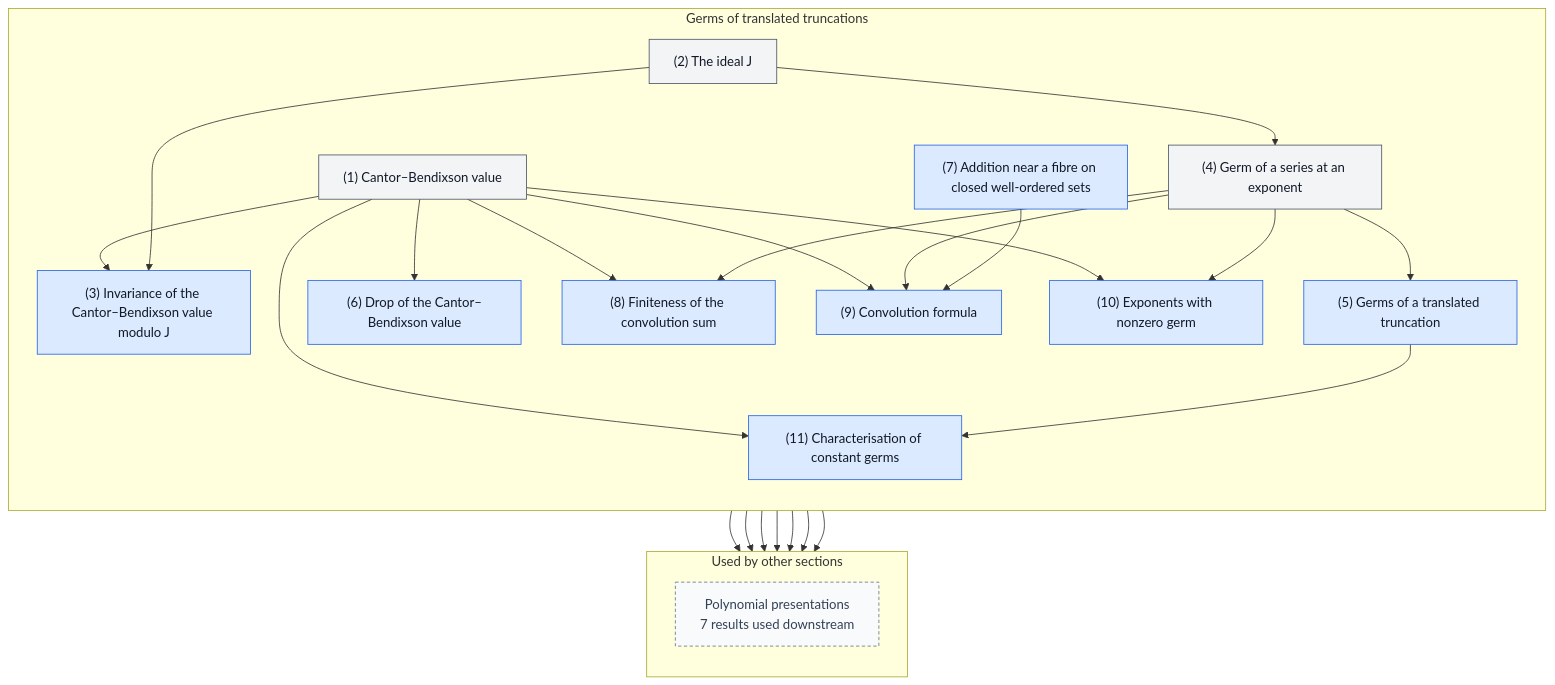
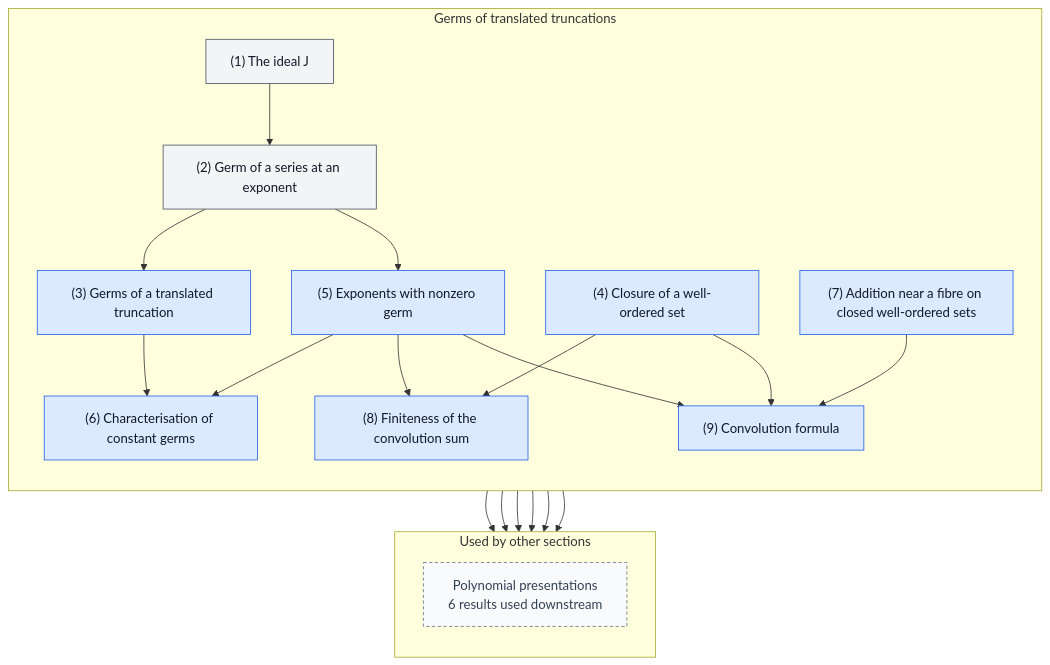
Before and after one commit to gaearon/conway-refinement: the second of 5 diagrams in README.md, drawn with Mermaid. The commit also changed other lines of this file and 16 other files, not shown here.

````diff
--- a/README.md
+++ b/README.md
@@ -190,65 +190,56 @@
 ```mermaid
 %% Generated by scripts/blueprint.sh; do not edit.
 %% Other sections are compressed to boundary nodes.
 %% Solid arrows are proof dependencies; dashed arrows are statement dependencies.
 flowchart TB
   subgraph current["Germs of translated truncations"]
     direction TB
-    n001["(1) Cantor–Bendixson value"]:::definition
-    n002["(2) The ideal J"]:::definition
-    n003["(3) Invariance of the Cantor–Bendixson value modulo J"]:::lemma
-    n004["(4) Germ of a series at an exponent"]:::definition
-    n005["(5) Germs of a translated truncation"]:::lemma
-    n006["(6) Drop of the Cantor–Bendixson value"]:::lemma
+    n001["(1) The ideal J"]:::definition
+    n002["(2) Germ of a series at an exponent"]:::definition
+    n003["(3) Germs of a translated truncation"]:::lemma
+    n004["(4) Closure of a well-ordered set"]:::lemma
+    n005["(5) Exponents with nonzero germ"]:::lemma
+    n006["(6) Characterisation of constant germs"]:::lemma
     n007["(7) Addition near a fibre on closed well-ordered sets"]:::lemma
     n008["(8) Finiteness of the convolution sum"]:::lemma
     n009["(9) Convolution formula"]:::lemma
-    n010["(10) Exponents with nonzero germ"]:::lemma
-    n011["(11) Characterisation of constant germs"]:::lemma
   end
   subgraph outputs["Used by other sections"]
     direction TB
-    out0["Polynomial presentations<br/>7 results used downstream"]:::boundary
+    out0["Polynomial presentations<br/>6 results used downstream"]:::boundary
   end
 
-  n001 --> n003
+  n001 --> n002
   n002 --> n003
-  n002 --> n004
-  n004 --> n005
-  n001 --> n006
-  n001 --> n008
+  n002 --> n005
+  n003 --> n006
+  n005 --> n006
   n004 --> n008
-  n001 --> n009
+  n005 --> n008
   n004 --> n009
+  n005 --> n009
   n007 --> n009
-  n001 --> n010
-  n004 --> n010
-  n001 --> n011
-  n005 --> n011
   n003 --> out0
+  n004 --> out0
+  n005 --> out0
   n006 --> out0
   n008 --> out0
   n009 --> out0
-  n011 --> out0
-  n004 --> out0
-  n010 --> out0
-  click n001 "https://gaearon.github.io/conway-refinement/#/result/cantor-bendixson-value" "Open the statement for definition 1"
-  click n002 "https://gaearon.github.io/conway-refinement/#/result/bounded-away-ideal" "Open the statement for definition 2"
-  click n003 "https://gaearon.github.io/conway-refinement/#/result/cantor-bendixson-value-class" "Open the statement for lemma 3"
-  click n004 "https://gaearon.github.io/conway-refinement/#/result/germ-at" "Open the statement for definition 4"
-  click n005 "https://gaearon.github.io/conway-refinement/#/result/germs-of-translated-truncation" "Open the statement for lemma 5"
-  click n006 "https://gaearon.github.io/conway-refinement/#/result/cantor-bendixson-value-drop" "Open the statement for lemma 6"
+  click n001 "https://gaearon.github.io/conway-refinement/#/result/bounded-away-ideal" "Open the statement for definition 1"
+  click n002 "https://gaearon.github.io/conway-refinement/#/result/germ-at" "Open the statement for definition 2"
+  click n003 "https://gaearon.github.io/conway-refinement/#/result/germs-of-translated-truncation" "Open the statement for lemma 3"
+  click n004 "https://gaearon.github.io/conway-refinement/#/result/well-ordered-closure" "Open the statement for lemma 4"
+  click n005 "https://gaearon.github.io/conway-refinement/#/result/nonzero-germs" "Open the statement for lemma 5"
+  click n006 "https://gaearon.github.io/conway-refinement/#/result/constant-germs" "Open the statement for lemma 6"
   click n007 "https://gaearon.github.io/conway-refinement/#/result/addition-fibre" "Open the statement for lemma 7"
   click n008 "https://gaearon.github.io/conway-refinement/#/result/convolution-finite" "Open the statement for lemma 8"
   click n009 "https://gaearon.github.io/conway-refinement/#/result/convolution-formula" "Open the statement for lemma 9"
-  click n010 "https://gaearon.github.io/conway-refinement/#/result/nonzero-germs" "Open the statement for lemma 10"
-  click n011 "https://gaearon.github.io/conway-refinement/#/result/constant-germs" "Open the statement for lemma 11"
 
   classDef theorem fill:#fff3bf,stroke:#e67700,stroke-width:2px,color:#111827
   classDef definition fill:#f3f4f6,stroke:#4b5563,color:#111827
   classDef lemma fill:#dbeafe,stroke:#2563eb,color:#111827
   classDef proposition fill:#ede9fe,stroke:#7c3aed,color:#111827
   classDef corollary fill:#dcfce7,stroke:#16a34a,color:#111827
   classDef fact fill:#fce7f3,stroke:#db2777,color:#111827
   classDef boundary fill:#f8fafc,stroke:#64748b,stroke-dasharray:4 3,color:#334155
 ```
````
